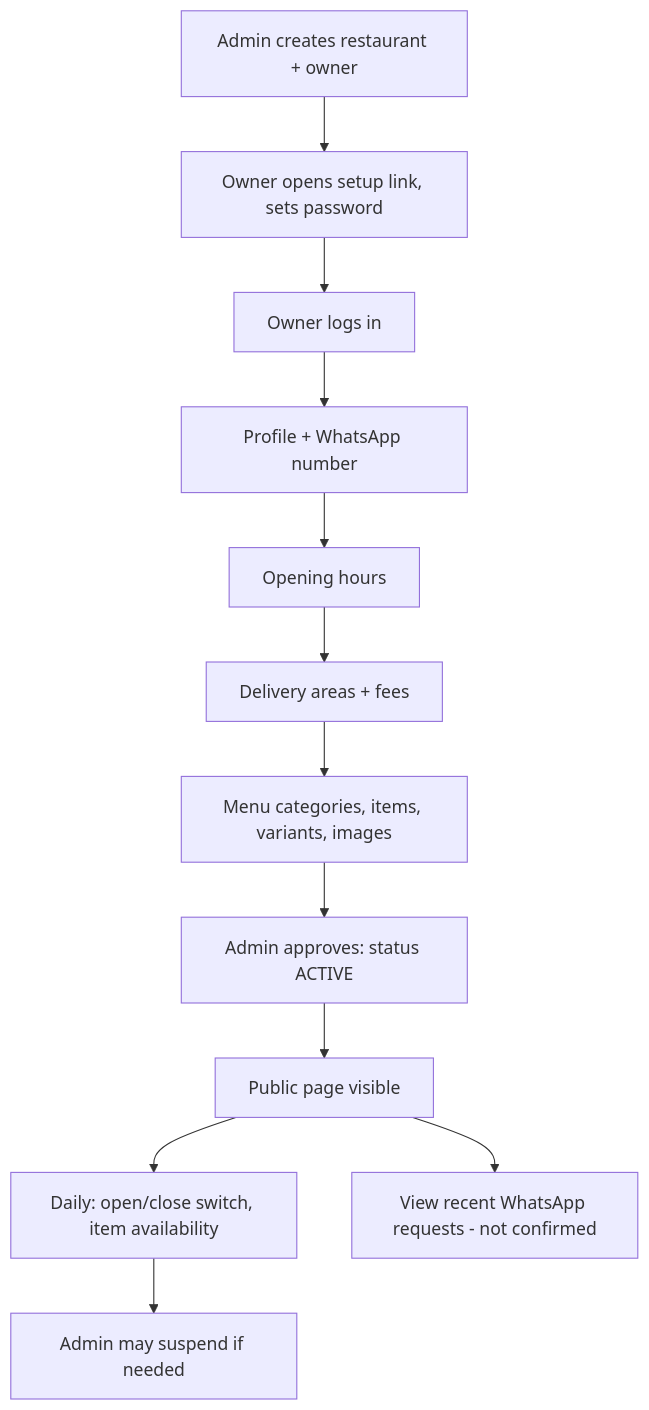
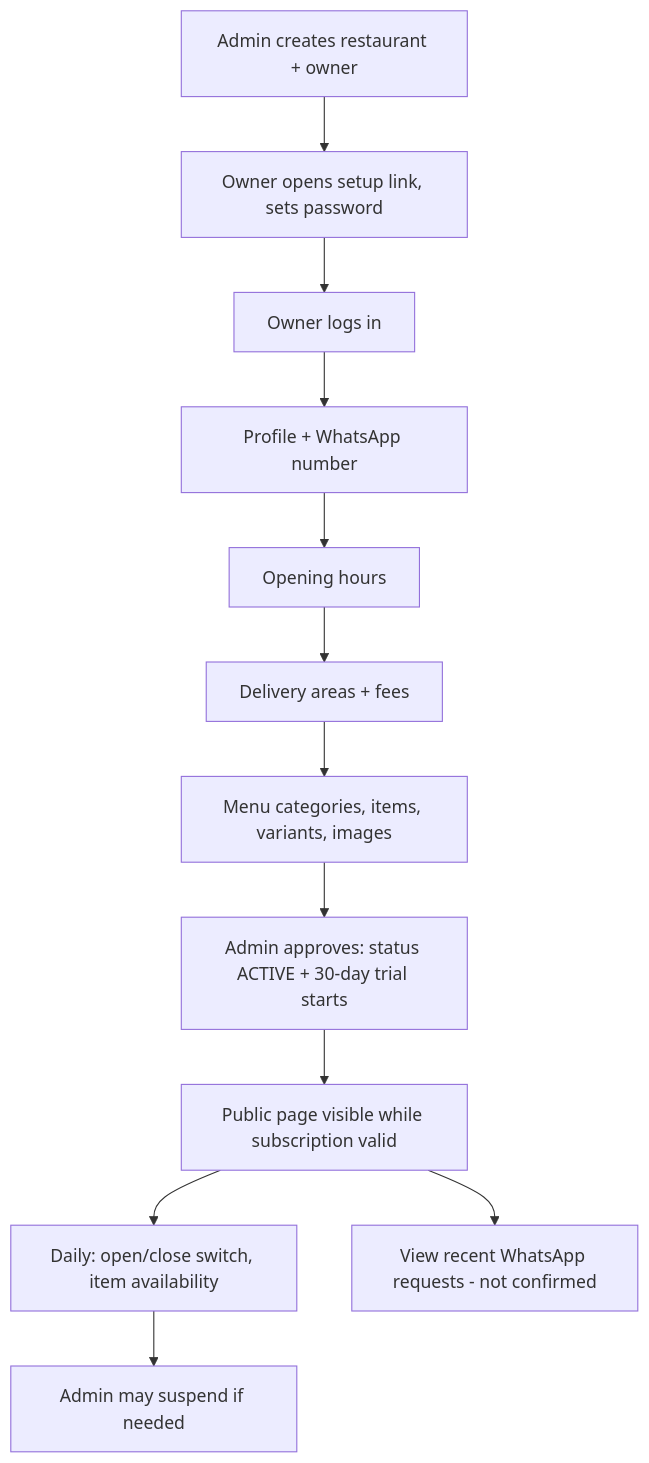
Before and after one commit to ronaqstore/dir-food-backend: the third of 3 diagrams in docs/02_Workflows.md, drawn with Mermaid. The commit also changed other lines of this file and 3 other files, not shown here.

Commit message:
Docs: defer retention, add trial/subscription, UUID v7, remove stored message, required expectedSubtotal, composite-FK tenant isolation

````diff
--- a/docs/02_Workflows.md
+++ b/docs/02_Workflows.md
@@ -92,14 +92,14 @@
 ```mermaid
 flowchart TD
   A[Admin creates restaurant + owner] --> B[Owner opens setup link, sets password]
   B --> C[Owner logs in]
   C --> D[Profile + WhatsApp number]
   D --> E[Opening hours]
   E --> F[Delivery areas + fees]
   F --> G[Menu categories, items, variants, images]
-  G --> H[Admin approves: status ACTIVE]
-  H --> I[Public page visible]
+  G --> H[Admin approves: status ACTIVE + 30-day trial starts]
+  H --> I[Public page visible while subscription valid]
   I --> J[Daily: open/close switch, item availability]
   I --> K[View recent WhatsApp requests - not confirmed]
   J --> L[Admin may suspend if needed]
 ```
````
